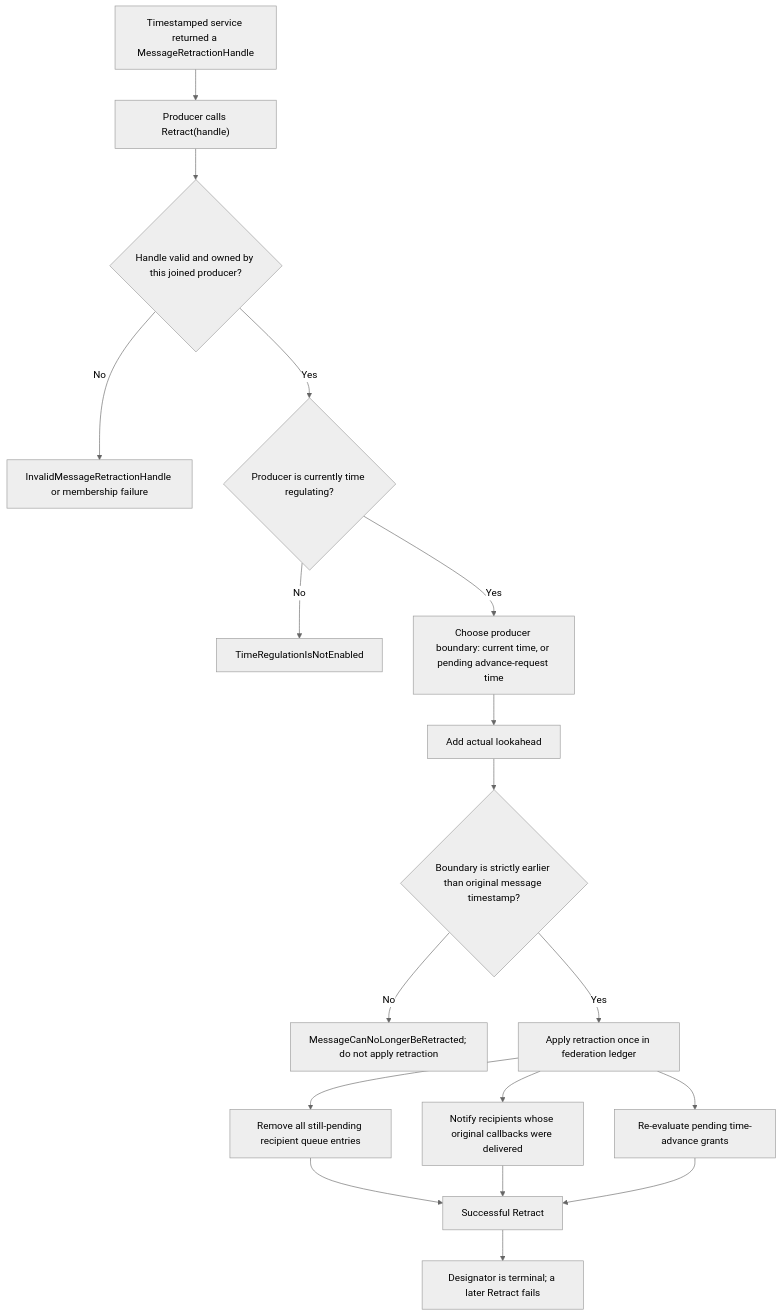
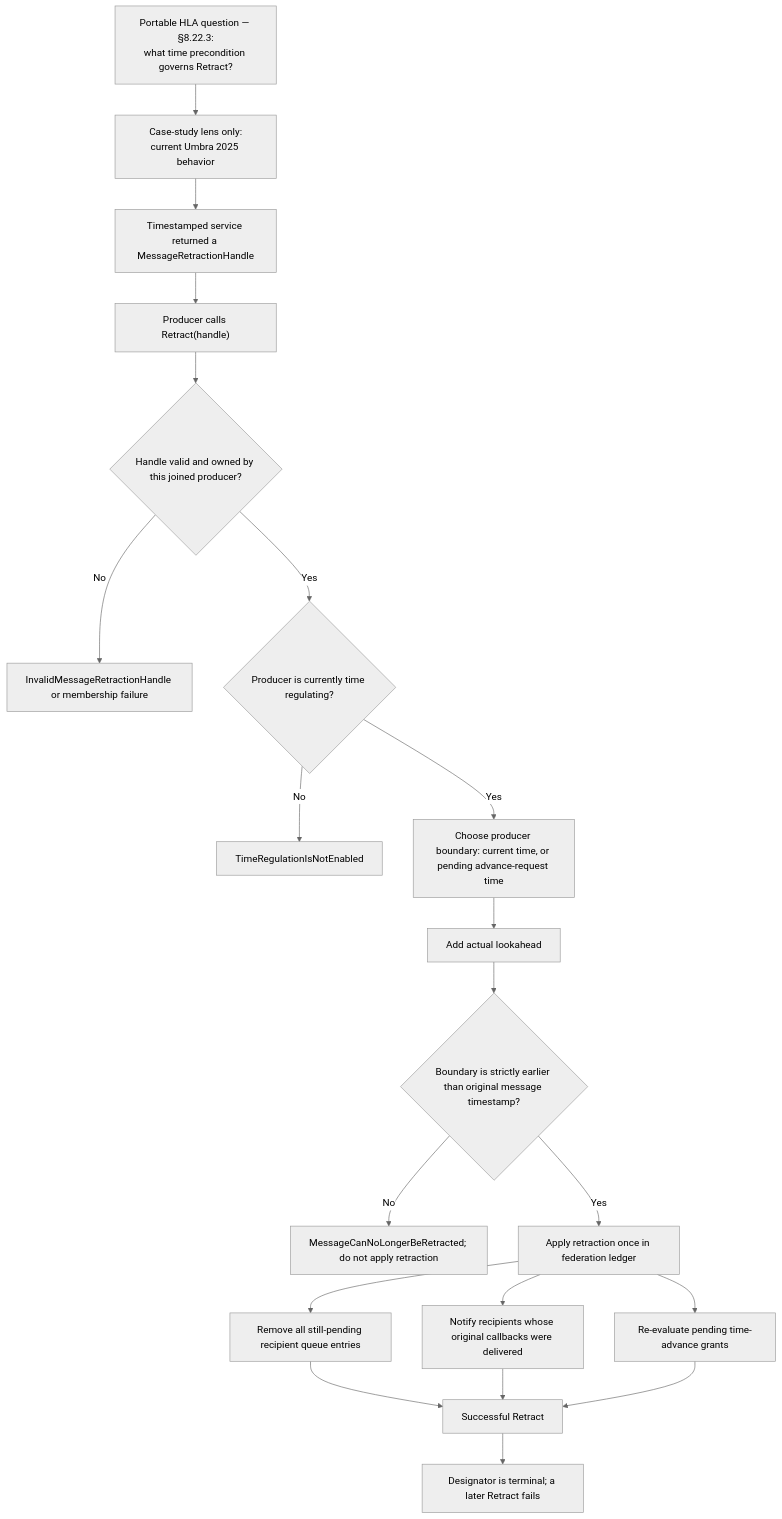
One commit to sheepfling/umbra changed the third of 10 diagrams in docs/design/HLA-2025-TSO-RETRACTION-FLOW-GUIDE.md. Above: the diagram before and after it, drawn with Mermaid (neutral theme). The commit also changed other lines of this file and 822 other files, not shown here.

````diff
--- a/docs/design/HLA-2025-TSO-RETRACTION-FLOW-GUIDE.md
+++ b/docs/design/HLA-2025-TSO-RETRACTION-FLOW-GUIDE.md
@@ -75,20 +144,23 @@
 ```mermaid
 flowchart TD
-  A[Timestamped service returned a MessageRetractionHandle] --> B["Producer calls Retract(handle)"]
+  HLA["Portable HLA question — §8.22.3:<br/>what time precondition governs Retract?"]
+  HLA --> PROFILE["Case-study lens only:<br/>current Umbra 2025 behavior"]
+  PROFILE --> A["Timestamped service returned a MessageRetractionHandle"]
+  A --> B["Producer calls Retract(handle)"]
   B --> C{Handle valid and owned by this joined producer?}
   C -->|No| X[InvalidMessageRetractionHandle or membership failure]
   C -->|Yes| D{Producer is currently time regulating?}
   D -->|No| Y[TimeRegulationIsNotEnabled]
   D -->|Yes| E[Choose producer boundary: current time, or pending advance-request time]
   E --> F[Add actual lookahead]
   F --> G{Boundary is strictly earlier than original message timestamp?}
   G -->|No| Z[MessageCanNoLongerBeRetracted; do not apply retraction]
   G -->|Yes| H[Apply retraction once in federation ledger]
   H --> I[Remove all still-pending recipient queue entries]
   H --> J[Notify recipients whose original callbacks were delivered]
   H --> K[Re-evaluate pending time-advance grants]
   I --> L[Successful Retract]
   J --> L
   K --> L
   L --> M[Designator is terminal; a later Retract fails]
 ```
````
